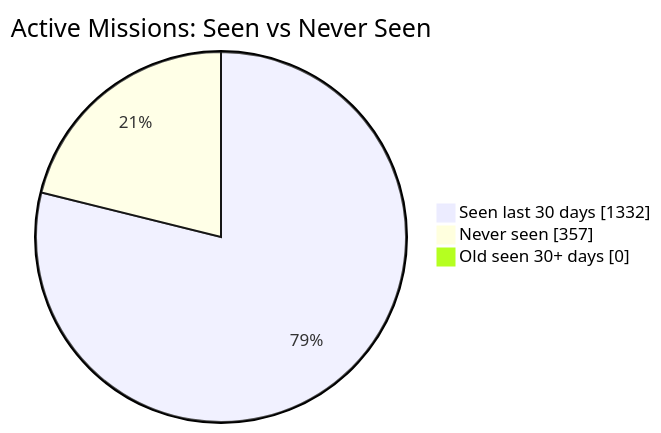
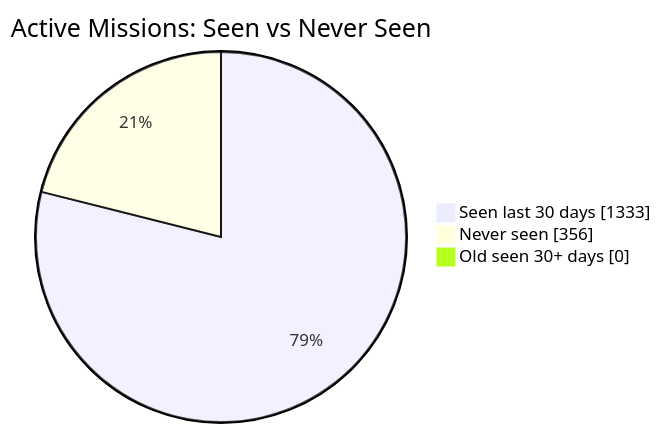
One commit to MeldkamerspelGameTeam/active-missions changed the first of 2 diagrams in README.md. Above: the diagram before and after it, drawn with Mermaid. The commit also changed other lines of this file and 2 other files, not shown here.

````diff
--- a/README.md
+++ b/README.md
@@ -34,7 +34,7 @@
 ```mermaid
 pie showData
     title Active Missions: Seen vs Never Seen
-    "Seen last 30 days" : 1332
-    "Never seen" : 357
+    "Seen last 30 days" : 1333
+    "Never seen" : 356
     "Old seen 30+ days" : 0
 ```
````
